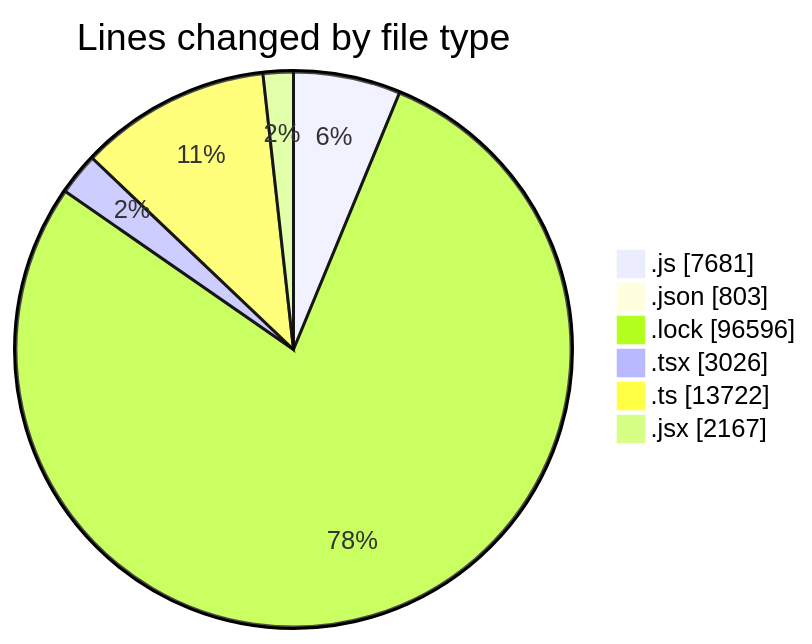
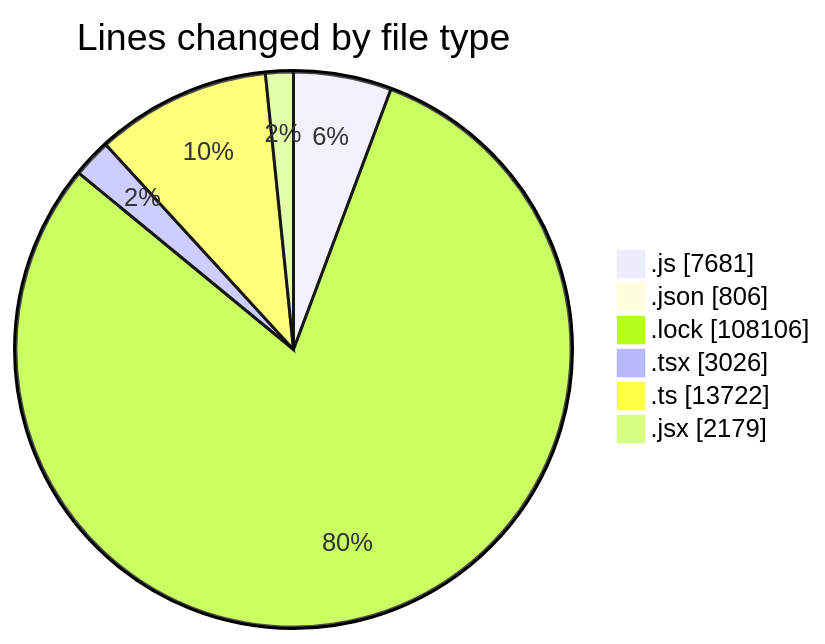
Before and after one commit to momahboobian/code-tracking: the first of 2 diagrams in 2025-12-18/cda/README.md, drawn with Mermaid. The commit also changed other lines of this file and 1 other file, not shown here.

````diff
--- a/2025-12-18/cda/README.md
+++ b/2025-12-18/cda/README.md
@@ -102,10 +103,10 @@
 ```mermaid
 pie showData
 title Lines changed by file type
 ".js" : 7681
-".json" : 803
-".lock" : 96596
+".json" : 806
+".lock" : 108106
 ".tsx" : 3026
 ".ts" : 13722
-".jsx" : 2167
+".jsx" : 2179
 ```
````
